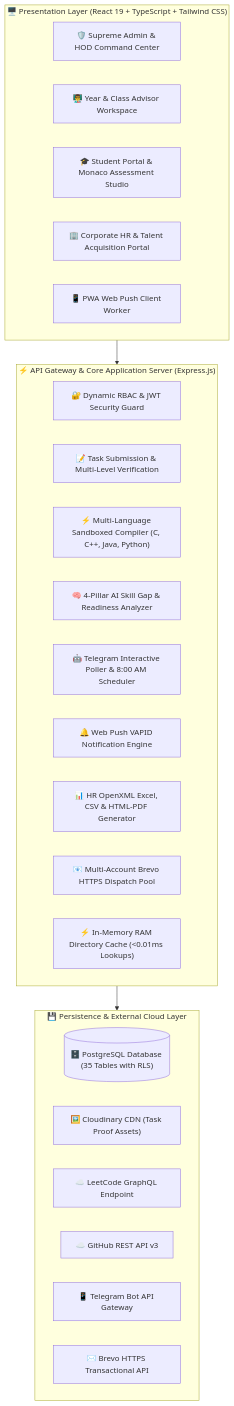
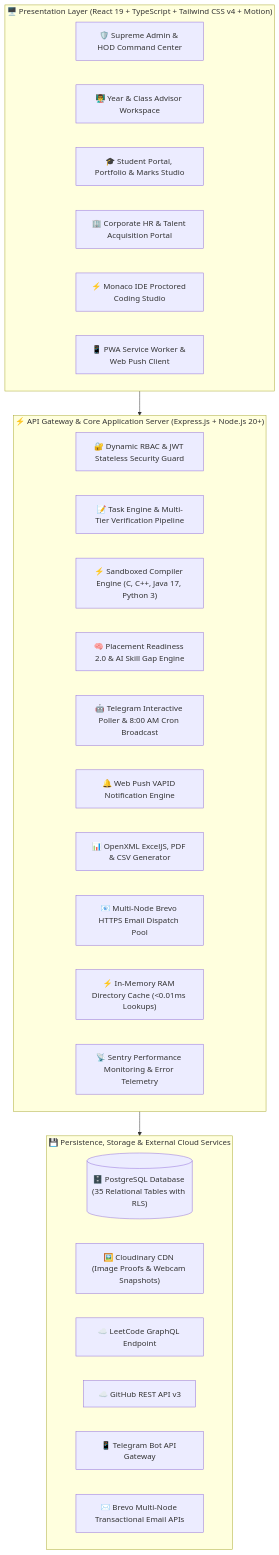
Before and after one commit to Tharun4743/taskmanager: the first of 5 diagrams in README.md, drawn with Mermaid. The commit also changed other lines of this file and 1 other file, not shown here.

Commit message:
docs(readme): update comprehensive system architecture and fix(scheduler): non-blocking renderping with lock rollback

````diff
--- a/README.md
+++ b/README.md
@@ -58,34 +77,36 @@
 ```mermaid
 flowchart TD
-    subgraph Client["🖥️ Presentation Layer (React 19 + TypeScript + Tailwind CSS)"]
+    subgraph Client["🖥️ Presentation Layer (React 19 + TypeScript + Tailwind CSS v4 + Motion)"]
         UI_Admin["🛡️ Supreme Admin & HOD Command Center"]
         UI_Faculty["👨‍🏫 Year & Class Advisor Workspace"]
-        UI_Student["🎓 Student Portal & Monaco Assessment Studio"]
+        UI_Student["🎓 Student Portal, Portfolio & Marks Studio"]
         UI_Industry["🏢 Corporate HR & Talent Acquisition Portal"]
-        UI_PWA["📱 PWA Web Push Client Worker"]
+        UI_Sandbox["⚡ Monaco IDE Proctored Coding Studio"]
+        UI_PWA["📱 PWA Service Worker & Web Push Client"]
     end
 
-    subgraph Gateway["⚡ API Gateway & Core Application Server (Express.js)"]
-        Auth["🔐 Dynamic RBAC & JWT Security Guard"]
-        TaskEngine["📝 Task Submission & Multi-Level Verification"]
-        Sandbox["⚡ Multi-Language Sandboxed Compiler (C, C++, Java, Python)"]
-        MatchAI["🧠 4-Pillar AI Skill Gap & Readiness Analyzer"]
-        BotEngine["🤖 Telegram Interactive Poller & 8:00 AM Scheduler"]
+    subgraph Gateway["⚡ API Gateway & Core Application Server (Express.js + Node.js 20+)"]
+        Auth["🔐 Dynamic RBAC & JWT Stateless Security Guard"]
+        TaskEngine["📝 Task Engine & Multi-Tier Verification Pipeline"]
+        SandboxEngine["⚡ Sandboxed Compiler Engine (C, C++, Java 17, Python 3)"]
+        ReadinessAI["🧠 Placement Readiness 2.0 & AI Skill Gap Engine"]
+        BotEngine["🤖 Telegram Interactive Poller & 8:00 AM Cron Broadcast"]
         PushEngine["🔔 Web Push VAPID Notification Engine"]
-        ReportEngine["📊 HR OpenXML Excel, CSV & HTML-PDF Generator"]
-        EmailPool["📧 Multi-Account Brevo HTTPS Dispatch Pool"]
+        ReportEngine["📊 OpenXML ExcelJS, PDF & CSV Generator"]
+        EmailPool["📧 Multi-Node Brevo HTTPS Email Dispatch Pool"]
         CacheLayer["⚡ In-Memory RAM Directory Cache (<0.01ms Lookups)"]
+        Telemetry["📡 Sentry Performance Monitoring & Error Telemetry"]
     end
 
-    subgraph Storage["💾 Persistence & External Cloud Layer"]
-        DB[("🗄️ PostgreSQL Database (35 Tables with RLS)")]
-        Cloudinary["🖼️ Cloudinary CDN (Task Proof Assets)"]
+    subgraph Storage["💾 Persistence, Storage & External Cloud Services"]
+        DB[("🗄️ PostgreSQL Database (35 Relational Tables with RLS)")]
+        Cloudinary["🖼️ Cloudinary CDN (Image Proofs & Webcam Snapshots)"]
         LeetCodeAPI["☁️ LeetCode GraphQL Endpoint"]
         GitHubAPI["☁️ GitHub REST API v3"]
         TelegramAPI["📱 Telegram Bot API Gateway"]
-        BrevoAPI["✉️ Brevo HTTPS Transactional API"]
+        BrevoAPI["✉️ Brevo Multi-Node Transactional Email APIs"]
     end
 
     Client --> Gateway
     Gateway --> Storage
 ```
````
